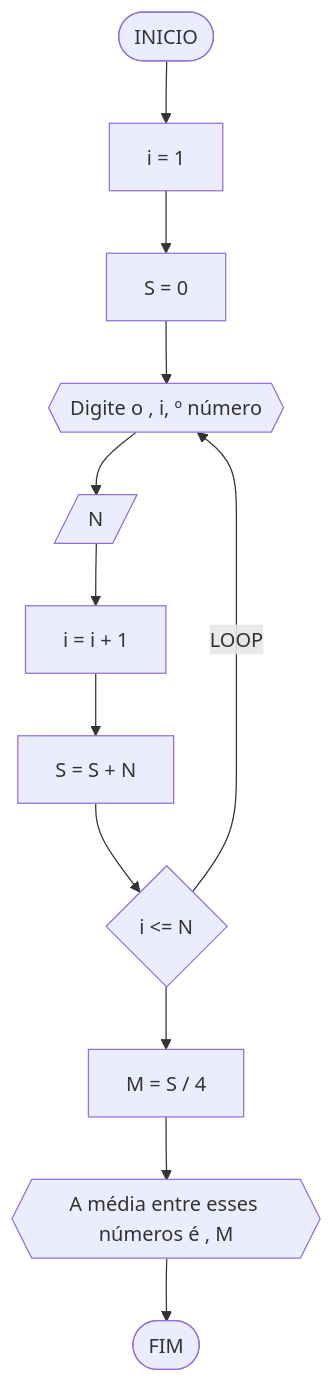
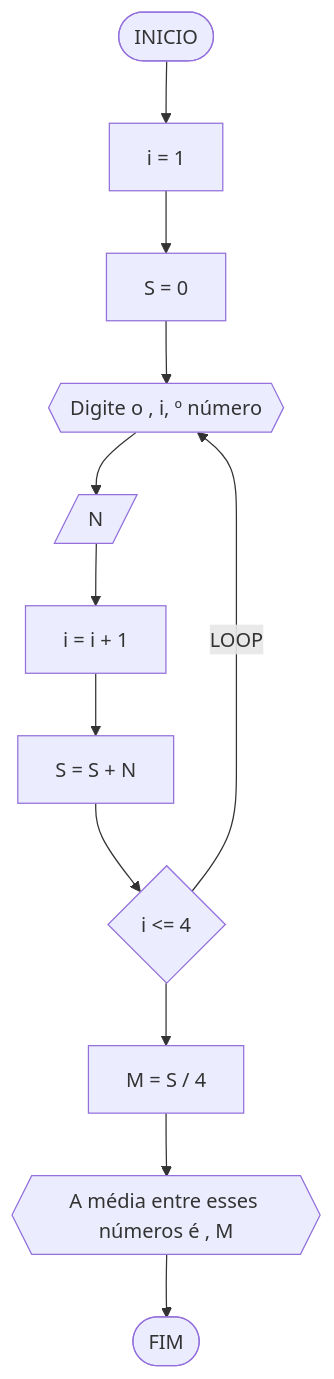
One commit to Gabriel0225/unifor changed the second of 4 diagrams in RLA/unidade1/lista2.md. Above: the diagram before and after it, drawn with Mermaid. The commit also changed other lines of this file, not shown here.

````diff
--- a/RLA/unidade1/lista2.md
+++ b/RLA/unidade1/lista2.md
@@ -57,14 +57,14 @@
 ```mermaid
 flowchart TD
 A([INICIO]) --> B[i = 1]
 B --> C[S = 0]
 C --> D{{Digite o , i, º número}}
 D --> E[/N/]
 E --> F[i = i + 1]
 F --> G[S = S + N]
-G --> H{i <= N}
+G --> H{i <= 4}
 H --LOOP-->D
 H --> I[M = S / 4]
 I --> J{{A média entre esses números é , M}}
 J --> K([FIM])
 ```
````
